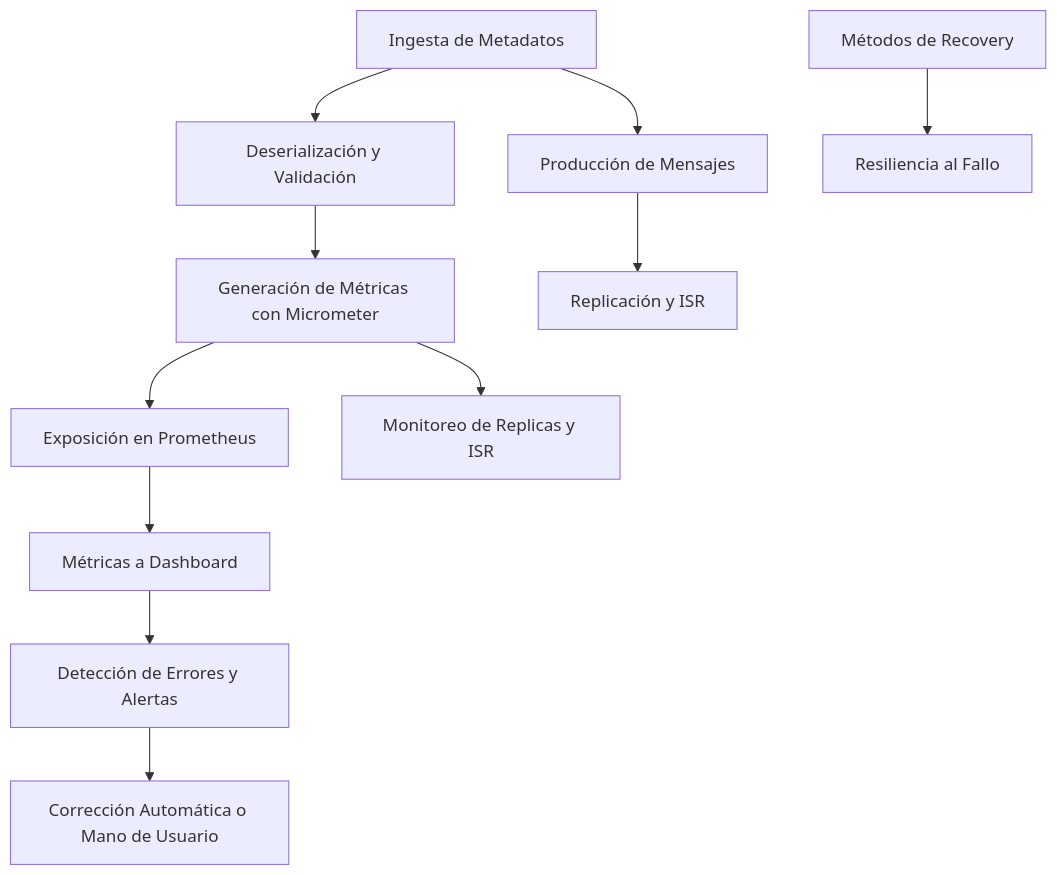
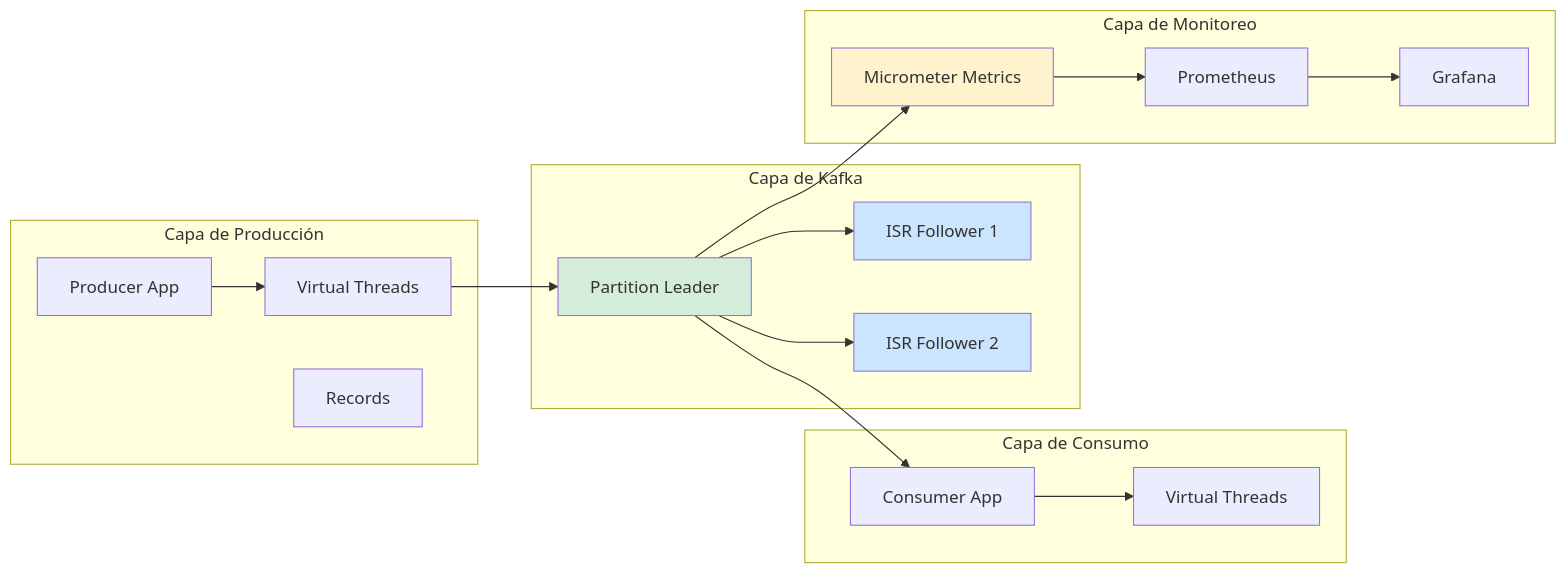
The second of 3 diagrams in _Review/kafka_internals_particiones_isr_y_replicacion/kafka_internals_particiones_isr_y_replicacion.md (Joaquinriosheredia/DAM-Java-Mastery), drawn with Mermaid before and after one commit. The commit also changed other lines of this file, not shown here.

Commit message:
kafka_internals_particiones_isr_y_replicacion.md

````diff
--- a/_Review/kafka_internals_particiones_isr_y_replicacion/kafka_internals_particiones_isr_y_replicacion.md
+++ b/_Review/kafka_internals_particiones_isr_y_replicacion/kafka_internals_particiones_isr_y_replicacion.md
@@ -432,13 +155,40 @@
 ```mermaid
-graph TD
-    A[Ingesta de Metadatos] --> B[Deserialización y Validación]
-    B --> C[Generación de Métricas con Micrometer]
-    C --> D[Exposición en Prometheus]
-    D --> E[Métricas a Dashboard]
-    E --> F[Detección de Errores y Alertas]
-    F --> G[Corrección Automática o Mano de Usuario]
-    A --> H[Producción de Mensajes]
-    H --> I[Replicación y ISR]
-    C --> J[Monitoreo de Replicas y ISR]
-    K[Métodos de Recovery] --> L[Resiliencia al Fallo]
+graph LR
+    subgraph "Capa de Producción"
+        PROD[Producer App]
+        VT[Virtual Threads]
+        REC[Records]
+    end
+    
+    subgraph "Capa de Kafka"
+        LEADER[Partition Leader]
+        ISR1[ISR Follower 1]
+        ISR2[ISR Follower 2]
+    end
+    
+    subgraph "Capa de Consumo"
+        CONS[Consumer App]
+        VT2[Virtual Threads]
+    end
+    
+    subgraph "Capa de Monitoreo"
+        MET[Micrometer Metrics]
+        PROM[Prometheus]
+        GRAF[Grafana]
+    end
+    
+    PROD --> VT
+    VT --> LEADER
+    LEADER --> ISR1
+    LEADER --> ISR2
+    LEADER --> CONS
+    CONS --> VT2
+    LEADER --> MET
+    MET --> PROM
+    PROM --> GRAF
+    
+    style LEADER fill:#d4edda
+    style ISR1 fill:#cce5ff
+    style ISR2 fill:#cce5ff
+    style MET fill:#fff3cd
 ```
````
